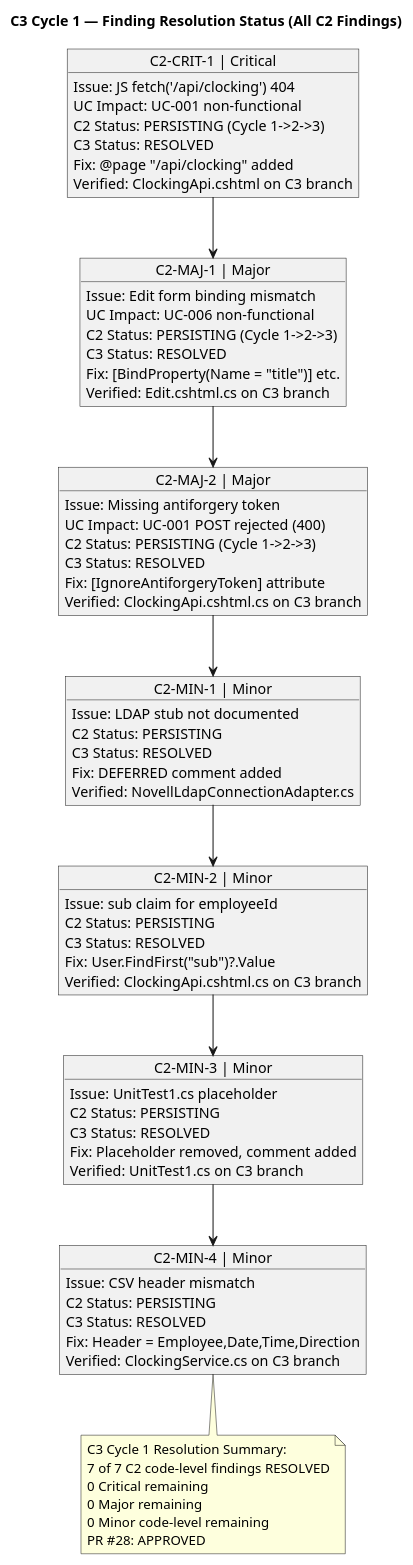
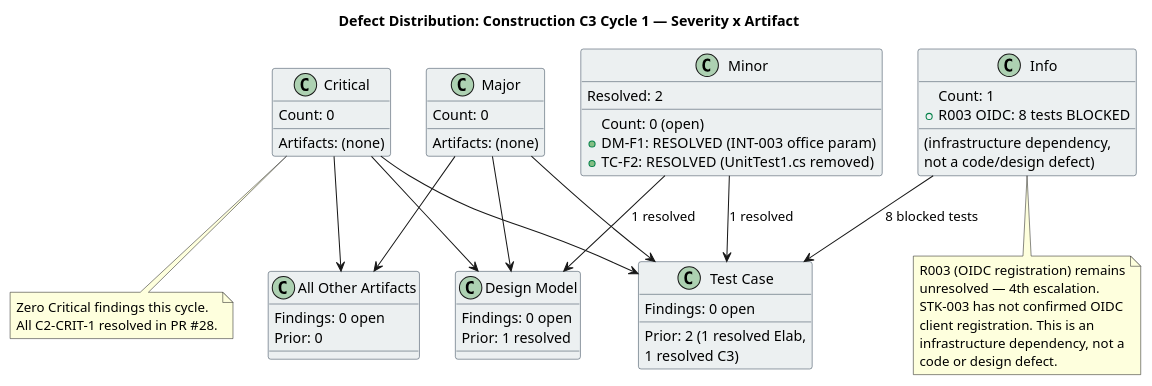
One commit to banense-test/portal-cuba-corp changed the second of 3 diagrams in docs/artifacts/project-management/review-record.md. Above: the diagram before and after it, drawn with PlantUML. The commit also changed other lines of this file, not shown here.

````diff
--- a/docs/artifacts/project-management/review-record.md
+++ b/docs/artifacts/project-management/review-record.md
@@ -61,84 +229,73 @@
 ```plantuml
 @startuml
-title C3 Cycle 1 — Finding Resolution Status (All C2 Findings)
+title Defect Distribution: Construction C3 Cycle 1 — Severity x Artifact
 
 skinparam classBorderColor #2C3E50
 skinparam classBackgroundColor #ECF0F1
-skinparam classAttributeIconSize 0
+skinparam shadowing false
 
-object "C2-CRIT-1 | Critical" as F1 {
-  Issue: JS fetch('/api/clocking') 404
-  UC Impact: UC-001 non-functional
-  C2 Status: PERSISTING (Cycle 1->2->3)
-  C3 Status: RESOLVED
-  Fix: @page "/api/clocking" added
-  Verified: ClockingApi.cshtml on C3 branch
+class "Critical" as C {
+  Count: 0
+  Artifacts: (none)
 }
 
-object "C2-MAJ-1 | Major" as F2 {
-  Issue: Edit form binding mismatch
-  UC Impact: UC-006 non-functional
-  C2 Status: PERSISTING (Cycle 1->2->3)
-  C3 Status: RESOLVED
-  Fix: [BindProperty(Name = "title")] etc.
-  Verified: Edit.cshtml.cs on C3 branch
+class "Major" as M {
+  Count: 0
+  Artifacts: (none)
 }
 
-object "C2-MAJ-2 | Major" as F3 {
-  Issue: Missing antiforgery token
-  UC Impact: UC-001 POST rejected (400)
-  C2 Status: PERSISTING (Cycle 1->2->3)
-  C3 Status: RESOLVED
-  Fix: [IgnoreAntiforgeryToken] attribute
-  Verified: ClockingApi.cshtml.cs on C3 branch
+class "Minor" as Min {
+  Count: 0 (open)
+  Resolved: 2
+  + DM-F1: RESOLVED (INT-003 office param)
+  + TC-F2: RESOLVED (UnitTest1.cs removed)
 }
 
-object "C2-MIN-1 | Minor" as F4 {
-  Issue: LDAP stub not documented
-  C2 Status: PERSISTING
-  C3 Status: RESOLVED
-  Fix: DEFERRED comment added
-  Verified: NovellLdapConnectionAdapter.cs
+class "Info" as I {
+  Count: 1
+  + R003 OIDC: 8 tests BLOCKED
+    (infrastructure dependency,
+    not a code/design defect)
 }
 
-object "C2-MIN-2 | Minor" as F5 {
-  Issue: sub claim for employeeId
-  C2 Status: PERSISTING
-  C3 Status: RESOLVED
-  Fix: User.FindFirst("sub")?.Value
-  Verified: ClockingApi.cshtml.cs on C3 branch
+class "Design Model" as DM {
+  Findings: 0 open
+  Prior: 1 resolved
 }
 
-object "C2-MIN-3 | Minor" as F6 {
-  Issue: UnitTest1.cs placeholder
-  C2 Status: PERSISTING
-  C3 Status: RESOLVED
-  Fix: Placeholder removed, comment added
-  Verified: UnitTest1.cs on C3 branch
+class "Test Case" as TC {
+  Findings: 0 open
+  Prior: 2 (1 resolved Elab,
+            1 resolved C3)
 }
 
-object "C2-MIN-4 | Minor" as F7 {
-  Issue: CSV header mismatch
-  C2 Status: PERSISTING
-  C3 Status: RESOLVED
-  Fix: Header = Employee,Date,Time,Direction
-  Verified: ClockingService.cs on C3 branch
+class "All Other Artifacts" as OTH {
+  Findings: 0 open
+  Prior: 0
 }
 
-F1 --> F2
-F2 --> F3
-F3 --> F4
-F4 --> F5
-F5 --> F6
-F6 --> F7
+C --> DM
+C --> TC
+C --> OTH
+M --> DM
+M --> TC
+M --> OTH
+Min --> DM : 1 resolved
+Min --> TC : 1 resolved
+I --> TC : 8 blocked tests
 
-note bottom of F7
-  C3 Cycle 1 Resolution Summary:
-  7 of 7 C2 code-level findings RESOLVED
-  0 Critical remaining
-  0 Major remaining
-  0 Minor code-level remaining
-  PR #28: APPROVED
+note bottom of C
+  Zero Critical findings this cycle.
+  All C2-CRIT-1 resolved in PR #28.
+end note
+
+note bottom of I
+  R003 (OIDC registration) remains
+  unresolved — 4th escalation.
+  STK-003 has not confirmed OIDC
+  client registration. This is an
+  infrastructure dependency, not a
+  code or design defect.
 end note
 
 @enduml
````
